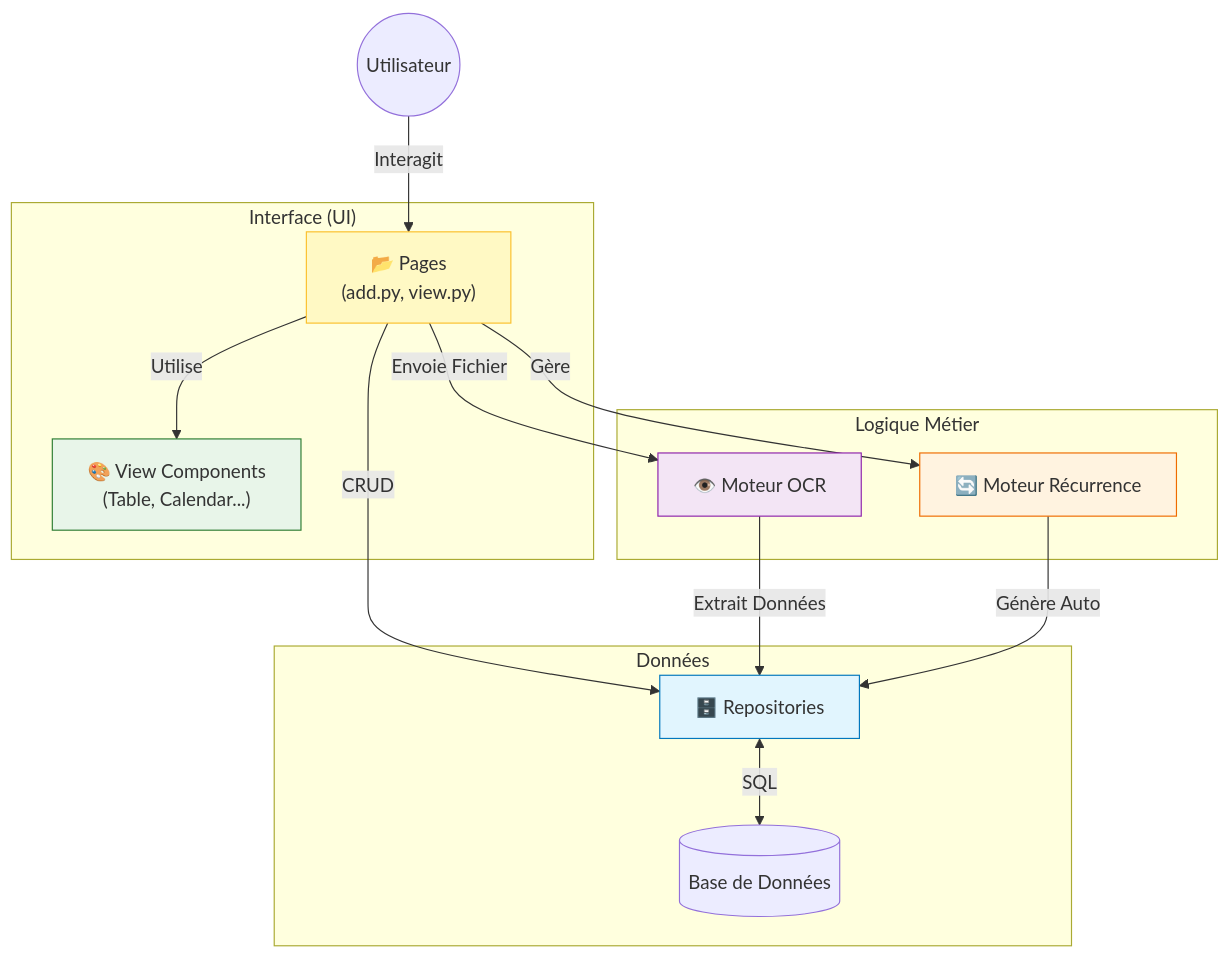
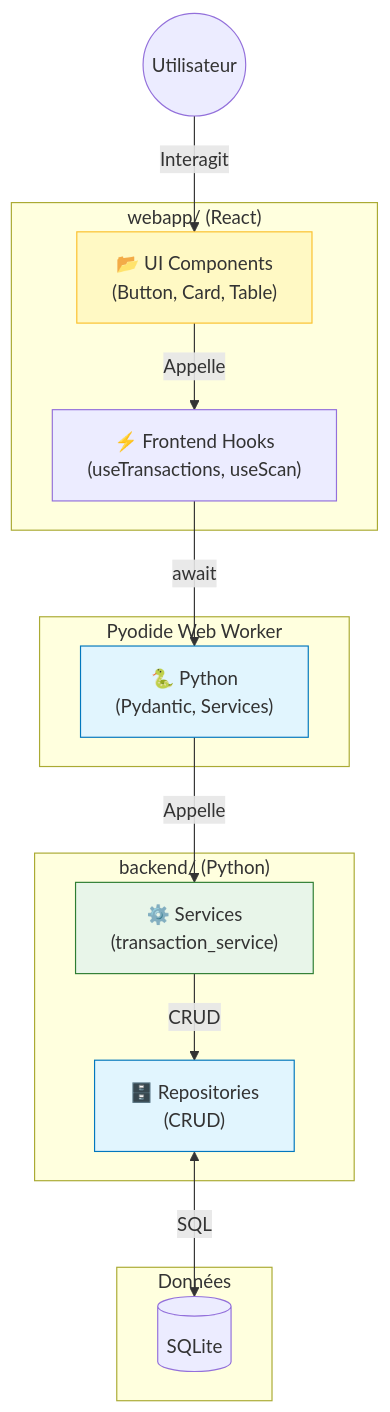
Before and after one commit to mdjabi2005-commits/gestio-mobile: the diagram in backend/domains/transactions/README.md, drawn with Mermaid. The commit also changed other lines of this file and 24 other files, not shown here.

First line of the commit message:
refactor: migration vers mobile React/Pyodide + PWA #22

````diff
--- a/backend/domains/transactions/README.md
+++ b/backend/domains/transactions/README.md
@@ -25,41 +23,34 @@
 ```mermaid
 graph TD
     User((Utilisateur))
     
-    subgraph "Interface (UI)"
-        Pages["📂 Pages\n(add.py, view.py)"]
-        View["🎨 View Components\n(Table, Calendar...)"]
+    subgraph "webapp/ (React)"
+        UI["📂 UI Components\n(Button, Card, Table)"]
+        Hooks["⚡ Frontend Hooks\n(useTransactions, useScan)"]
     end
     
-    subgraph "Logique Métier"
-        OCR[👁️ Moteur OCR]
-        Recurrence[🔄 Moteur Récurrence]
+    subgraph "Pyodide Web Worker"
+        Python["🐍 Python\n(Pydantic, Services)"]
+    end
+    
+    subgraph "backend/ (Python)"
+        Services["⚙️ Services\n(transaction_service)"]
+        Repo["🗄️ Repositories\n(CRUD)"]
     end
     
     subgraph "Données"
-        Repo[🗄️ Repositories]
-        DB[(Base de Données)]
+        DB[(SQLite)]
     end
     
-    %% Flux Utilisateur
-    User -->|Interagit| Pages
-    Pages -->|Utilise| View
-    
-    %% Flux Logique
-    Pages -->|Envoie Fichier| OCR
-    Pages -->|Gère| Recurrence
-    
-    %% Flux Données
-    Pages -->|CRUD| Repo
-    OCR -->|Extrait Données| Repo
-    Recurrence -->|Génère Auto| Repo
-    
+    User -->|Interagit| UI
+    UI -->|Appelle| Hooks
+    Hooks -->|await| Python
+    Python -->|Appelle| Services
+    Services -->|CRUD| Repo
     Repo <-->|SQL| DB
     
-    %% Styles
-    style Pages fill:#fff9c4,stroke:#fbc02d
-    style View fill:#e8f5e9,stroke:#2e7d32
+    style UI fill:#fff9c4,stroke:#fbc02d
+    style Python fill:#e1f5fe,stroke:#0277bd
+    style Services fill:#e8f5e9,stroke:#2e7d32
     style Repo fill:#e1f5fe,stroke:#0277bd
-    style OCR fill:#f3e5f5,stroke:#8e24aa
-    style Recurrence fill:#fff3e0,stroke:#ef6c00
 ```
````
